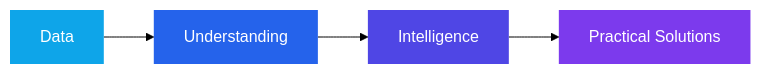
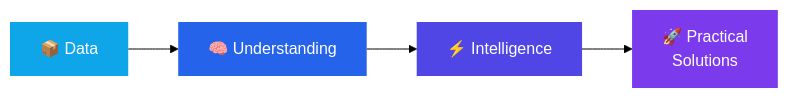
One commit to paraskosambe-web/paraskosambe-web changed the fourth of 4 diagrams in README.md. Above: the diagram before and after it, drawn with Mermaid (forest theme). The commit also changed other lines of this file, not shown here.

````diff
--- a/README.md
+++ b/README.md
@@ -493,8 +349,8 @@
 ```mermaid
 flowchart LR
-    D["Data"] --> U["Understanding"] --> I["Intelligence"] --> P["Practical Solutions"]
+    D["📦 Data"] --> U["🧠 Understanding"] --> I["⚡ Intelligence"] --> P["🚀 Practical<br/>Solutions"]
     style D fill:#0ea5e9,color:#fff,stroke:none
     style U fill:#2563eb,color:#fff,stroke:none
     style I fill:#4f46e5,color:#fff,stroke:none
     style P fill:#7c3aed,color:#fff,stroke:none
 ```
````
